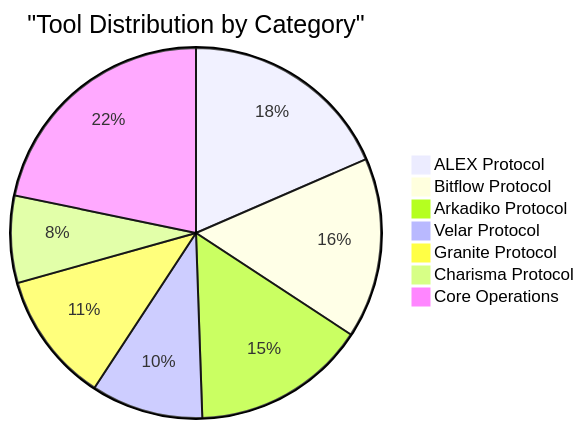
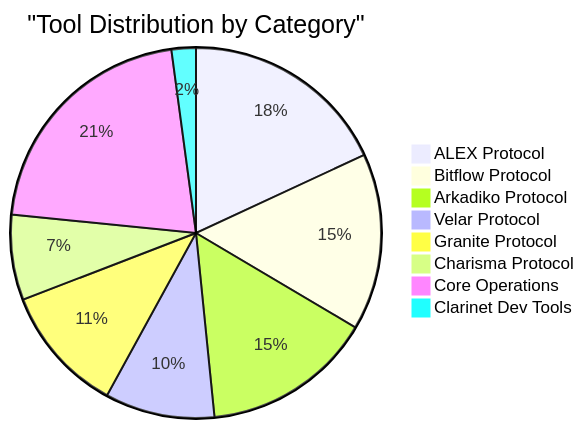
One commit to Stack-AI-MCP/stacks-mcp-server changed diagram 14 of 15 in README.md. Above: the diagram before and after it, drawn with Mermaid. The commit also changed other lines of this file, not shown here.

First line of the commit message:
docs: update README to reflect Clarinet development tools integration

````diff
--- a/README.md
+++ b/README.md
@@ -1161,10 +1185,11 @@
 ```mermaid
 pie title "Tool Distribution by Category"
     "ALEX Protocol" : 34
     "Bitflow Protocol" : 29
     "Arkadiko Protocol" : 28
     "Velar Protocol" : 18
     "Granite Protocol" : 21
     "Charisma Protocol" : 14
     "Core Operations" : 40
+    "Clarinet Dev Tools" : 4
 ```
````
